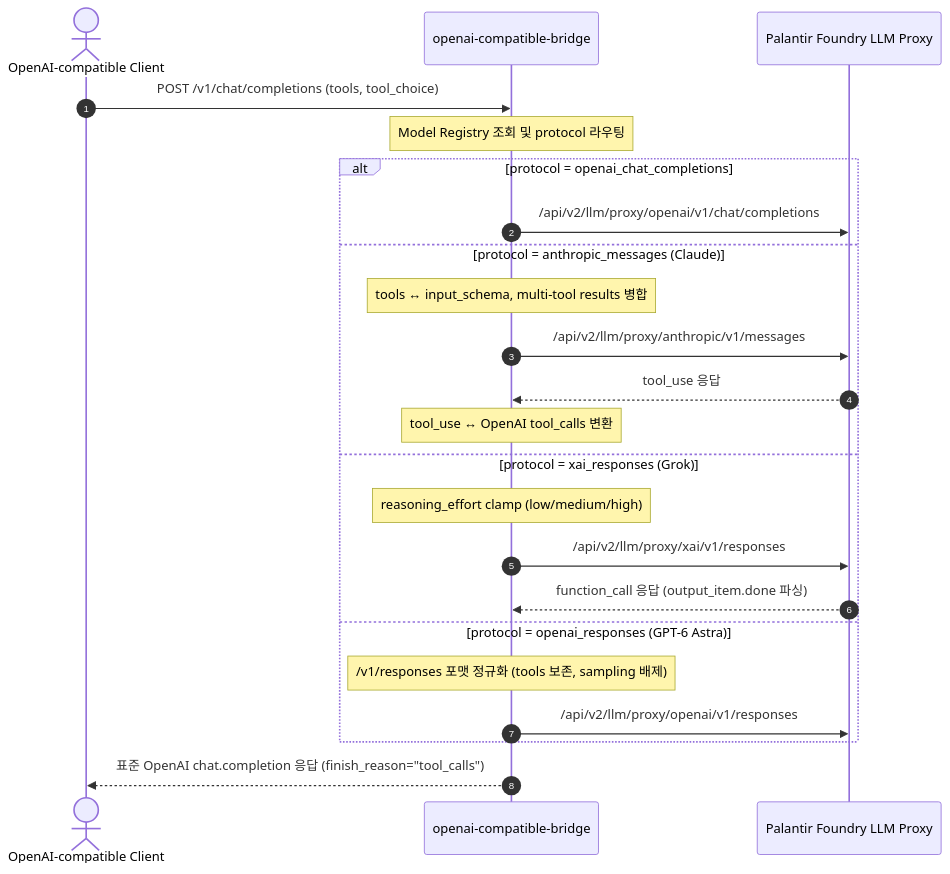
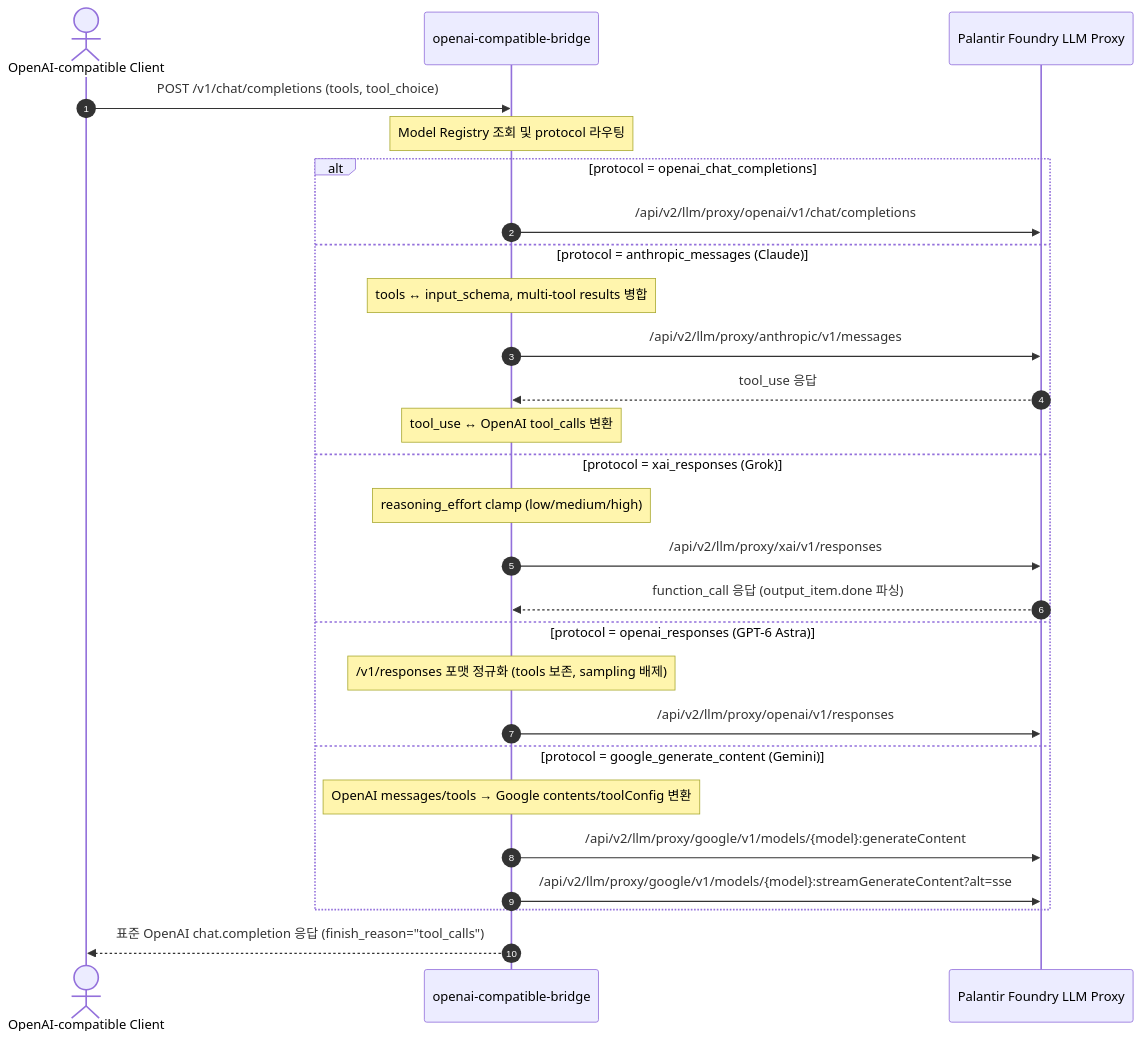
The diagram in README.md (pureliture/openai-compatible-bridge), drawn with Mermaid before and after one commit. The commit also changed other lines of this file and 4 other files, not shown here.

Commit message:
feat(foundry): add Google native Gemini adapter (#14)

````diff
--- a/README.md
+++ b/README.md
@@ -101,28 +108,32 @@
 ```mermaid
 sequenceDiagram
     autonumber
     actor Client as OpenAI-compatible Client
     participant Bridge as openai-compatible-bridge
     participant Foundry as Palantir Foundry LLM Proxy
 
     Client->>Bridge: POST /v1/chat/completions (tools, tool_choice)
     Note over Bridge: Model Registry 조회 및 protocol 라우팅
 
     alt protocol = openai_chat_completions
         Bridge->>Foundry: /api/v2/llm/proxy/openai/v1/chat/completions
     else protocol = anthropic_messages (Claude)
         Note over Bridge: tools ↔ input_schema, multi-tool results 병합
         Bridge->>Foundry: /api/v2/llm/proxy/anthropic/v1/messages
         Foundry-->>Bridge: tool_use 응답
         Note over Bridge: tool_use ↔ OpenAI tool_calls 변환
     else protocol = xai_responses (Grok)
         Note over Bridge: reasoning_effort clamp (low/medium/high)
         Bridge->>Foundry: /api/v2/llm/proxy/xai/v1/responses
         Foundry-->>Bridge: function_call 응답 (output_item.done 파싱)
     else protocol = openai_responses (GPT-6 Astra)
         Note over Bridge: /v1/responses 포맷 정규화 (tools 보존, sampling 배제)
         Bridge->>Foundry: /api/v2/llm/proxy/openai/v1/responses
+    else protocol = google_generate_content (Gemini)
+        Note over Bridge: OpenAI messages/tools → Google contents/toolConfig 변환
+        Bridge->>Foundry: /api/v2/llm/proxy/google/v1/models/{model}:generateContent
+        Bridge->>Foundry: /api/v2/llm/proxy/google/v1/models/{model}:streamGenerateContent?alt=sse
     end
 
     Bridge-->>Client: 표준 OpenAI chat.completion 응답 (finish_reason="tool_calls")
 ```
````
